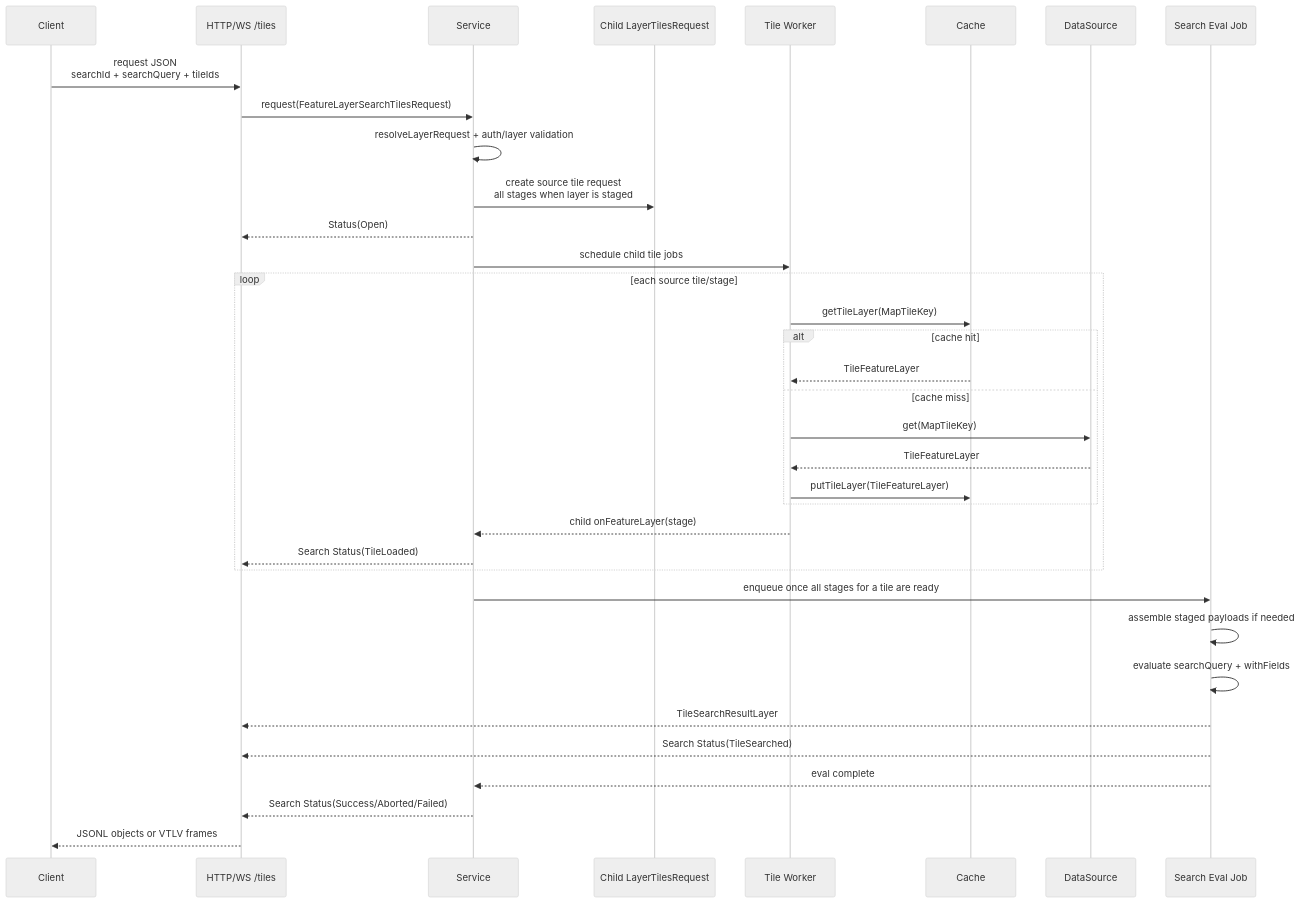
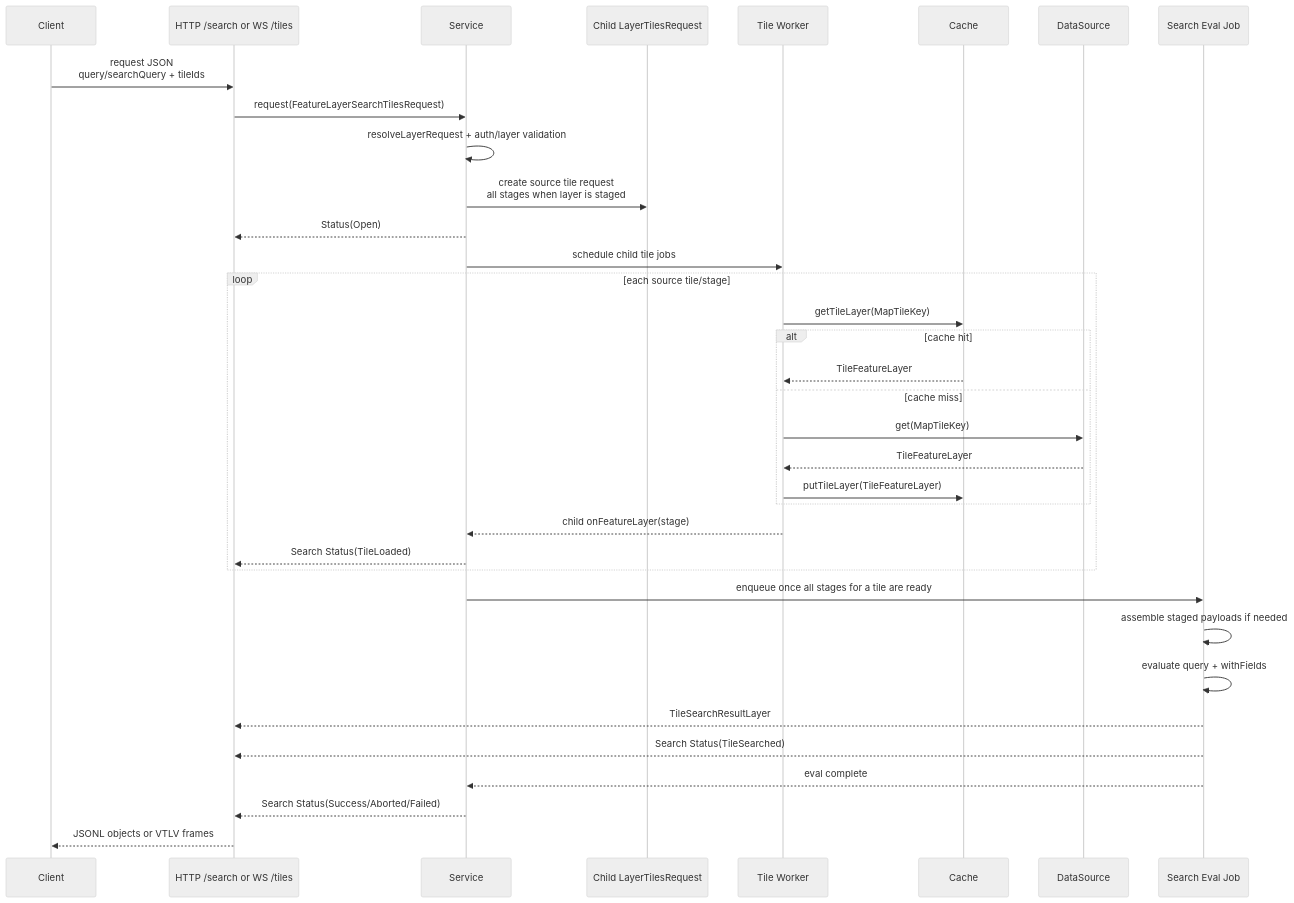
One commit to ndsev/mapget changed the fifth of 5 diagrams in docs/mapget-dev-guide.md. Above: the diagram before and after it, drawn with Mermaid (neutral theme). The commit also changed other lines of this file and 19 other files, not shown here.

Commit message:
feat(http): add REST search endpoint

````diff
--- a/docs/mapget-dev-guide.md
+++ b/docs/mapget-dev-guide.md
@@ -285,38 +286,38 @@
 ```mermaid
 sequenceDiagram
   participant Client
-  participant Transport as HTTP/WS /tiles
+  participant Transport as HTTP /search or WS /tiles
   participant Service
   participant Child as Child LayerTilesRequest
   participant Worker as Tile Worker
   participant Cache
   participant Ds as DataSource
   participant Search as Search Eval Job
 
-  Client->>Transport: request JSON<br/>searchId + searchQuery + tileIds
+  Client->>Transport: request JSON<br/>query/searchQuery + tileIds
   Transport->>Service: request(FeatureLayerSearchTilesRequest)
   Service->>Service: resolveLayerRequest + auth/layer validation
   Service->>Child: create source tile request<br/>all stages when layer is staged
   Service-->>Transport: Status(Open)
   Service->>Worker: schedule child tile jobs
   loop each source tile/stage
     Worker->>Cache: getTileLayer(MapTileKey)
     alt cache hit
       Cache-->>Worker: TileFeatureLayer
     else cache miss
       Worker->>Ds: get(MapTileKey)
       Ds-->>Worker: TileFeatureLayer
       Worker->>Cache: putTileLayer(TileFeatureLayer)
     end
     Worker-->>Service: child onFeatureLayer(stage)
     Service-->>Transport: Search Status(TileLoaded)
   end
   Service->>Search: enqueue once all stages for a tile are ready
   Search->>Search: assemble staged payloads if needed
-  Search->>Search: evaluate searchQuery + withFields
+  Search->>Search: evaluate query + withFields
   Search-->>Transport: TileSearchResultLayer
   Search-->>Transport: Search Status(TileSearched)
   Search-->>Service: eval complete
   Service-->>Transport: Search Status(Success/Aborted/Failed)
   Transport-->>Client: JSONL objects or VTLV frames
 ```
````
